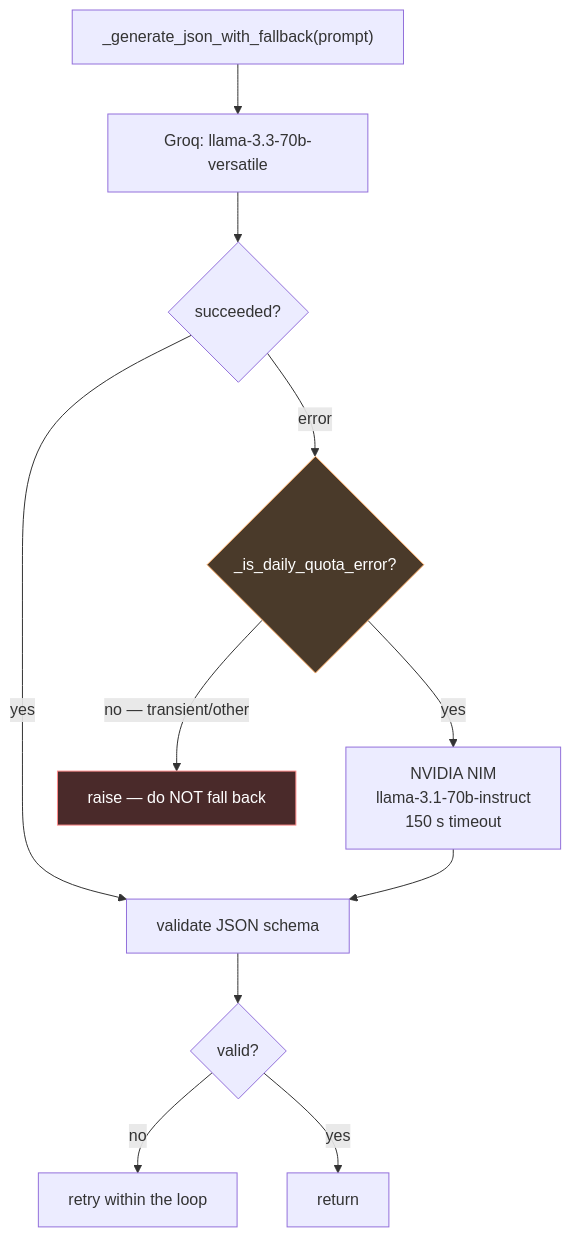
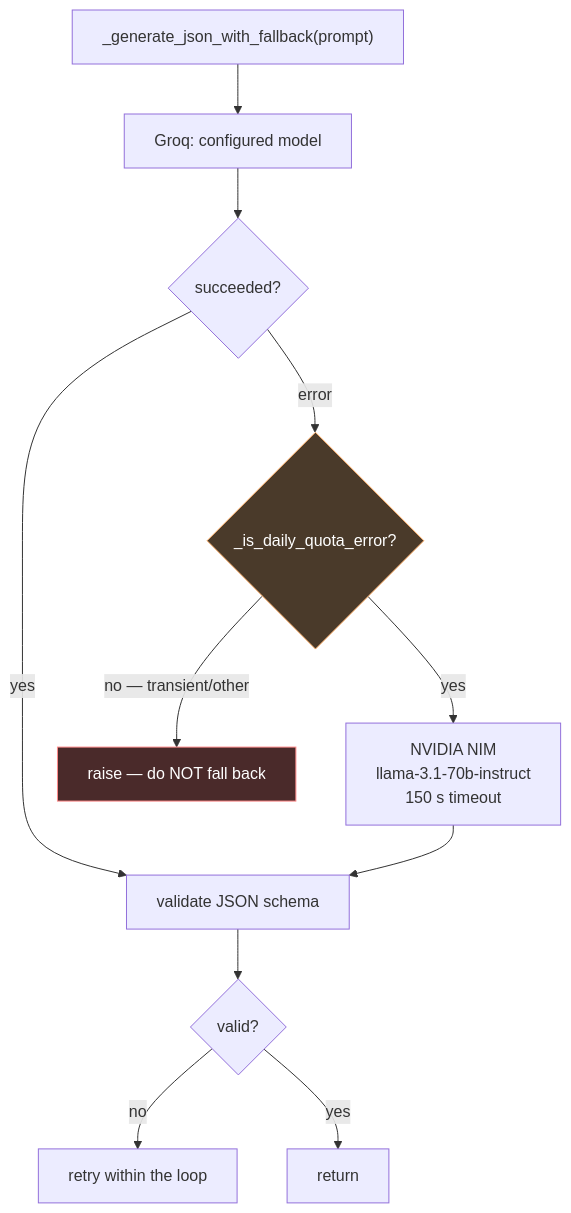
Before and after one commit to Kurapati-Sai-Suhas/SparkLM: the sixth of 11 diagrams in docs/01_SYSTEM_ARCHITECTURE.md, drawn with Mermaid. The commit also changed other lines of this file and 5 other files, not shown here.

````diff
--- a/docs/01_SYSTEM_ARCHITECTURE.md
+++ b/docs/01_SYSTEM_ARCHITECTURE.md
@@ -516,16 +516,16 @@
 ```mermaid
 graph TD
-    A["_generate_json_with_fallback(prompt)"] --> B["Groq: llama-3.3-70b-versatile"]
+    A["_generate_json_with_fallback(prompt)"] --> B["Groq: configured model"]
     B --> C{"succeeded?"}
     C -->|yes| D["validate JSON schema"]
     C -->|"error"| E{"_is_daily_quota_error?"}
     E -->|"no — transient/other"| F["raise — do NOT fall back"]
     E -->|"yes"| G["NVIDIA NIM<br/>llama-3.1-70b-instruct<br/>150 s timeout"]
     G --> D
     D --> H{"valid?"}
     H -->|no| I["retry within the loop"]
     H -->|yes| J["return"]
 
     style E fill:#4a3a2a,stroke:#ffb06a,color:#fff
     style F fill:#4a2a2a,stroke:#ff8a8a,color:#fff
 ```
````
